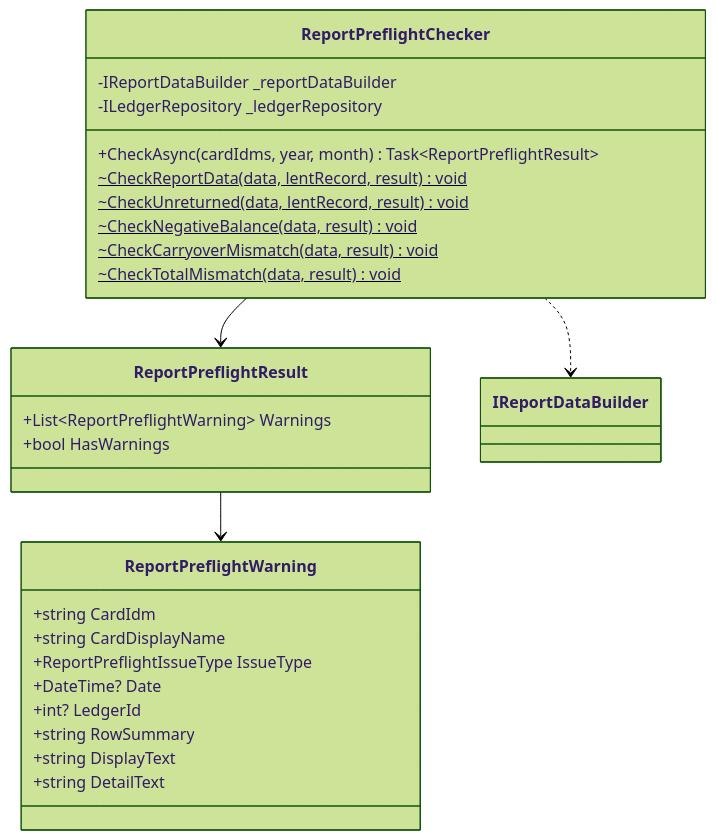
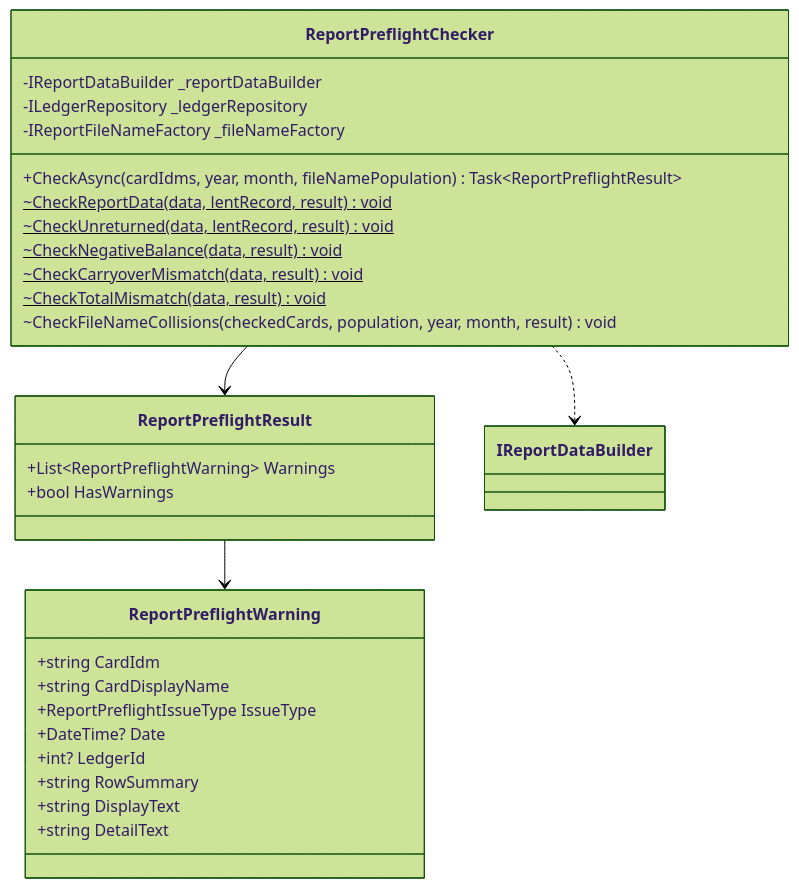
Before and after one commit to kuwayamamasayuki/ICCardManager: diagram 33 of 53 in ICCardManager/docs/design/05_クラス設計書.md, drawn with Mermaid (forest theme). The commit also changed other lines of this file and 25 other files, not shown here.

````diff
--- a/ICCardManager/docs/design/05_クラス設計書.md
+++ b/ICCardManager/docs/design/05_クラス設計書.md
@@ -2257,33 +2276,35 @@
 ```mermaid
 classDiagram
     class ReportPreflightChecker {
         -IReportDataBuilder _reportDataBuilder
         -ILedgerRepository _ledgerRepository
-        +CheckAsync(cardIdms, year, month) Task~ReportPreflightResult~
+        -IReportFileNameFactory _fileNameFactory
+        +CheckAsync(cardIdms, year, month, fileNamePopulation) Task~ReportPreflightResult~
         ~CheckReportData(data, lentRecord, result)$ void
         ~CheckUnreturned(data, lentRecord, result)$ void
         ~CheckNegativeBalance(data, result)$ void
         ~CheckCarryoverMismatch(data, result)$ void
         ~CheckTotalMismatch(data, result)$ void
+        ~CheckFileNameCollisions(checkedCards, population, year, month, result) void
     }
 
     class ReportPreflightResult {
         +List~ReportPreflightWarning~ Warnings
         +bool HasWarnings
     }
 
     class ReportPreflightWarning {
         +string CardIdm
         +string CardDisplayName
         +ReportPreflightIssueType IssueType
         +DateTime? Date
         +int? LedgerId
         +string RowSummary
         +string DisplayText
         +string DetailText
     }
 
     ReportPreflightChecker --> ReportPreflightResult
     ReportPreflightResult --> ReportPreflightWarning
     ReportPreflightChecker ..> IReportDataBuilder
 ```
````
